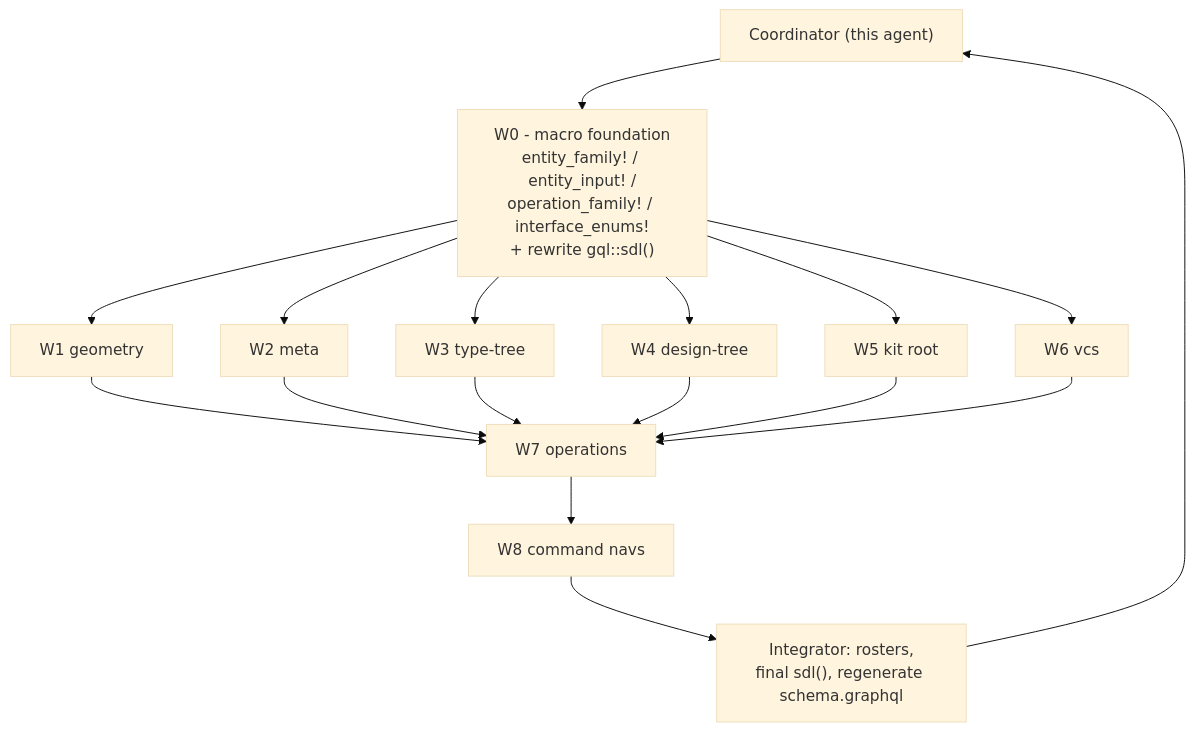
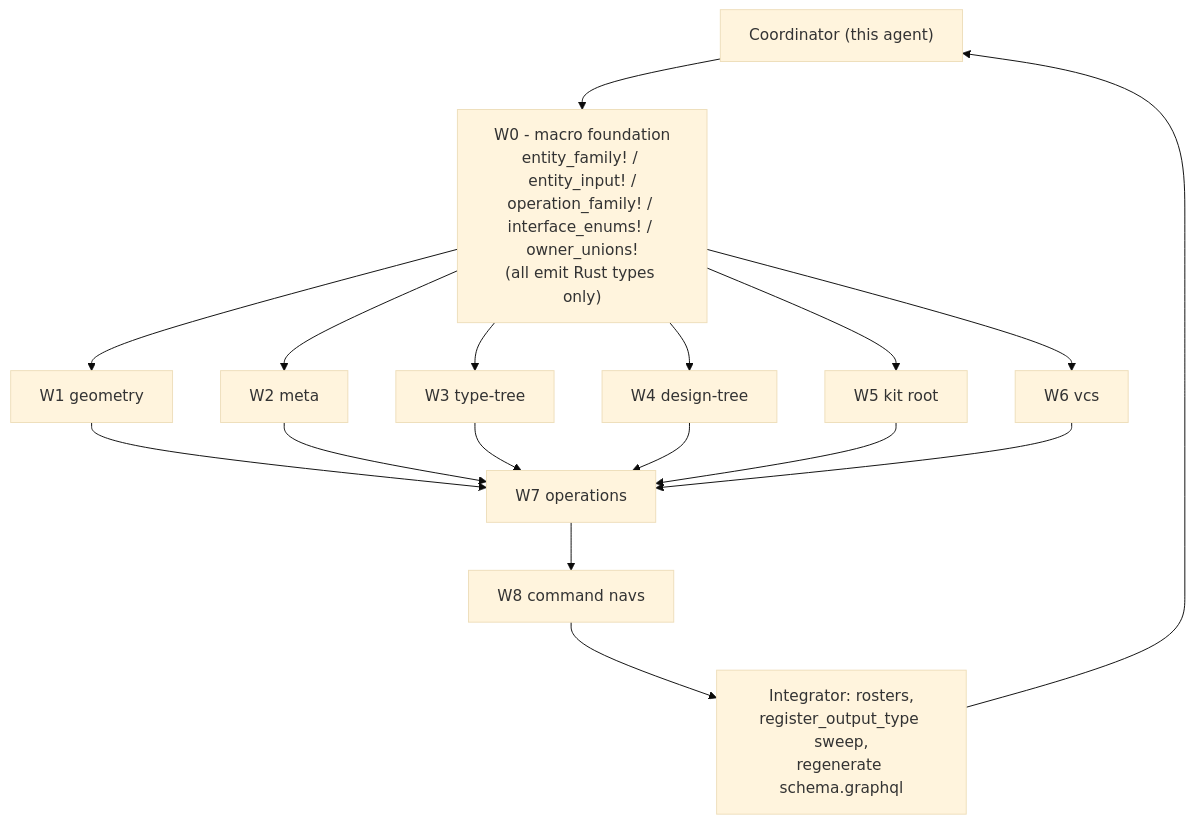
The diagram in .cursor/plans/macro-driven_schema_family_buildout_6dfaac7f.plan.md (usalu/semio), drawn with Mermaid (base theme) before and after one commit. The commit also changed other lines of this file and 1 other file, not shown here.

````diff
--- a/.cursor/plans/macro-driven_schema_family_buildout_6dfaac7f.plan.md
+++ b/.cursor/plans/macro-driven_schema_family_buildout_6dfaac7f.plan.md
@@ -54,31 +69,31 @@
 ```mermaid
 flowchart TD
     Coord["Coordinator (this agent)"]
-    W0["W0 - macro foundation\nentity_family! / entity_input! /\noperation_family! / interface_enums!\n+ rewrite gql::sdl()"]
+    W0["W0 - macro foundation\nentity_family! / entity_input! /\noperation_family! / interface_enums! / owner_unions!\n(all emit Rust types only)"]
     W1["W1 geometry"]
     W2["W2 meta"]
     W3["W3 type-tree"]
     W4["W4 design-tree"]
     W5["W5 kit root"]
     W6["W6 vcs"]
     W7["W7 operations"]
     W8["W8 command navs"]
-    Integ["Integrator: rosters,\nfinal sdl(), regenerate schema.graphql"]
+    Integ["Integrator: rosters,\nregister_output_type sweep,\nregenerate schema.graphql"]
 
     Coord --> W0
     W0 --> W1
     W0 --> W2
     W0 --> W3
     W0 --> W4
     W0 --> W5
     W0 --> W6
     W1 --> W7
     W2 --> W7
     W3 --> W7
     W4 --> W7
     W5 --> W7
     W6 --> W7
     W7 --> W8
     W8 --> Integ
     Integ --> Coord
 ```
````
